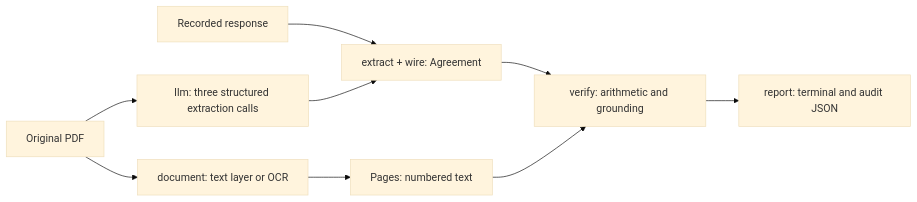
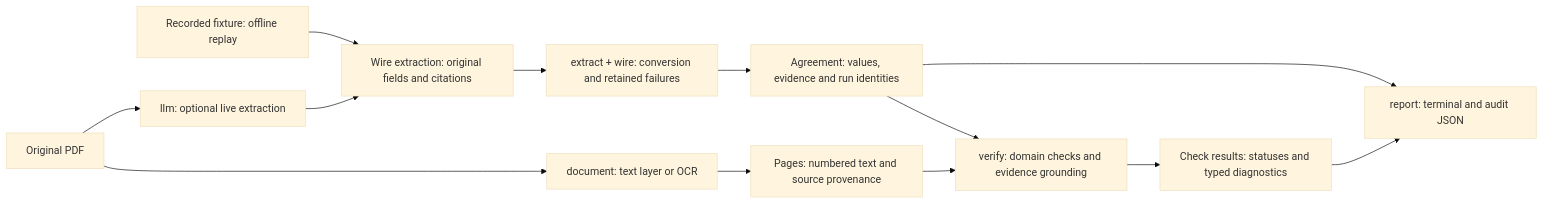
One commit to MozarellaMan/s106-verification changed the first of 2 diagrams in docs/architecture.md. Above: the diagram before and after it, drawn with Mermaid (base theme). The commit also changed other lines of this file, not shown here.

Commit message:
Document numeric parsing and audit reporting architecture

````diff
--- a/docs/architecture.md
+++ b/docs/architecture.md
@@ -9,11 +9,15 @@
 ```mermaid
 flowchart LR
     PDF[Original PDF] --> D[document: text layer or OCR]
-    PDF --> L[llm: three structured extraction calls]
-    F[Recorded response] --> E[extract + wire: Agreement]
-    L --> E
-    D --> P[Pages: numbered text]
-    E --> V[verify: arithmetic and grounding]
+    PDF --> L[llm: optional live extraction]
+    F[Recorded fixture: offline replay] --> W[Wire extraction: original fields and citations]
+    L --> W
+    W --> E[extract + wire: conversion and retained failures]
+    D --> P[Pages: numbered text and source provenance]
+    E --> A[Agreement: values, evidence and run identities]
+    A --> V[verify: domain checks and evidence grounding]
     P --> V
-    V --> R[report: terminal and audit JSON]
+    V --> C[Check results: statuses and typed diagnostics]
+    A --> R[report: terminal and audit JSON]
+    C --> R
 ```
````
